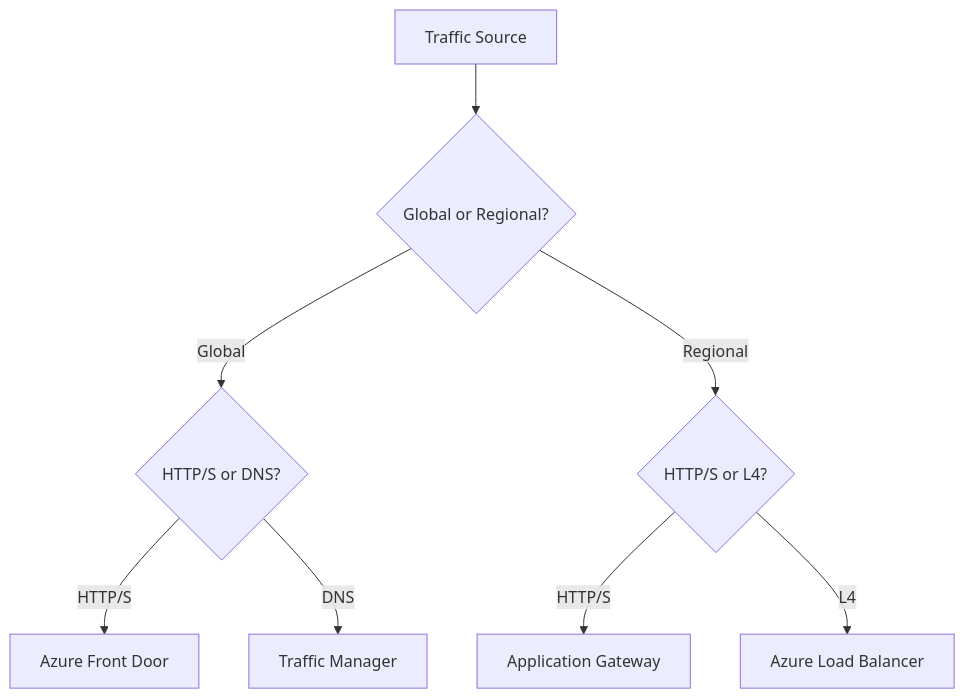
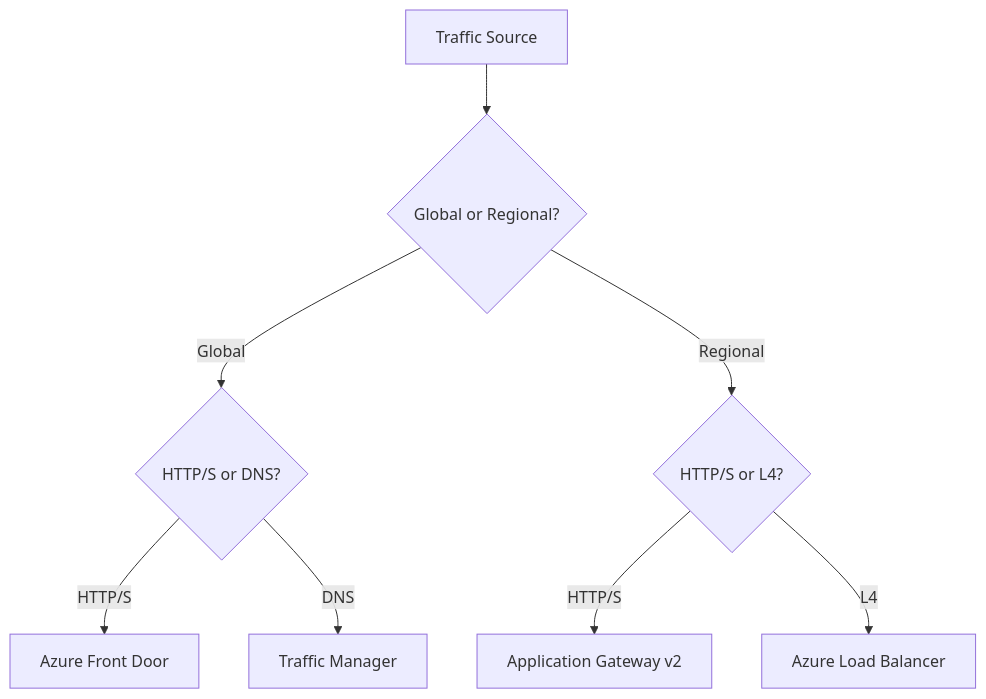
One commit to yeongseon/azure-networking-practical-guide changed the diagram in docs/platform/load-balancing-options.md. Above: the diagram before and after it, drawn with Mermaid. The commit also changed other lines of this file and 26 other files, not shown here.

````diff
--- a/docs/platform/load-balancing-options.md
+++ b/docs/platform/load-balancing-options.md
@@ -12,10 +12,10 @@
 ```mermaid
 graph TD
     Start[Traffic Source] --> Q{Global or Regional?}
     Q -->|Global| Q2{HTTP/S or DNS?}
     Q -->|Regional| Q3{HTTP/S or L4?}
     Q2 -->|HTTP/S| FD[Azure Front Door]
     Q2 -->|DNS| TM[Traffic Manager]
-    Q3 -->|HTTP/S| AGW[Application Gateway]
+    Q3 -->|HTTP/S| AGW[Application Gateway v2]
     Q3 -->|L4| ALB[Azure Load Balancer]
 ```
````
